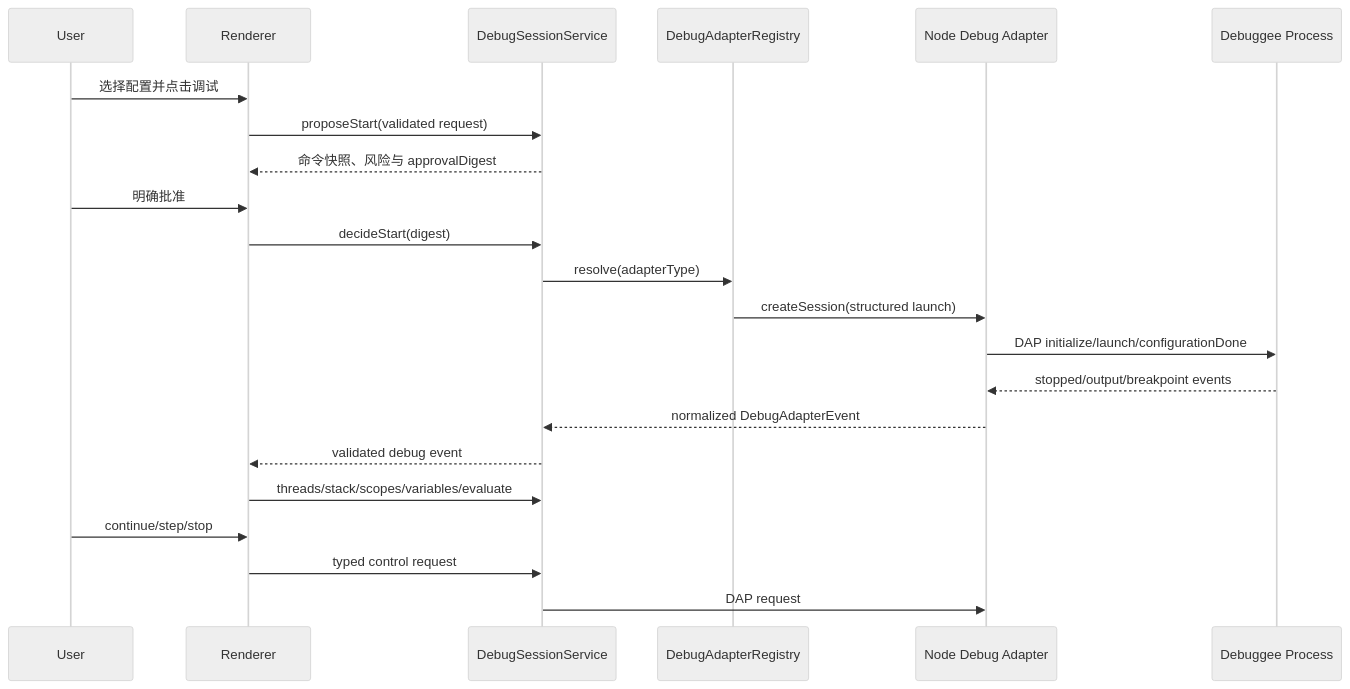
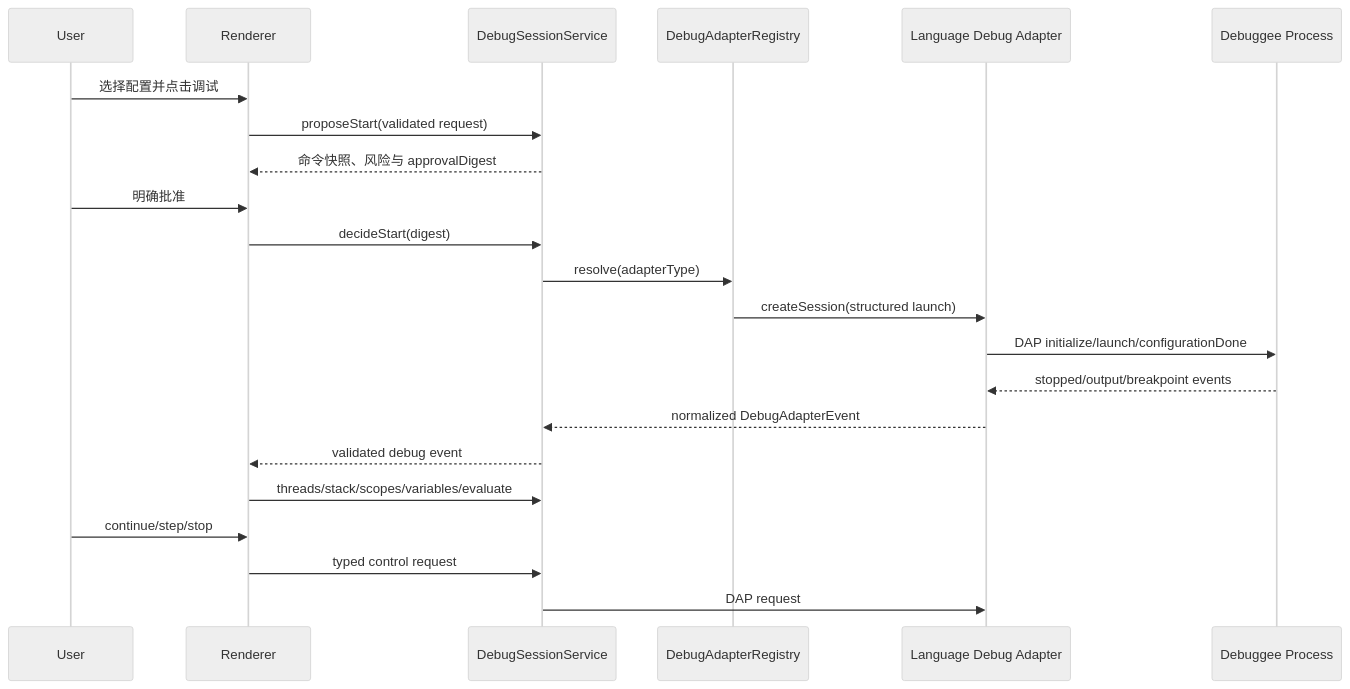
The third of 4 diagrams in docs/architecture.md (lianzf/open-code-desk), drawn with Mermaid (neutral theme) before and after one commit. The commit also changed other lines of this file and 869 other files, not shown here.

````diff
--- a/docs/architecture.md
+++ b/docs/architecture.md
@@ -204,25 +204,25 @@
 ```mermaid
 sequenceDiagram
     participant U as User
     participant R as Renderer
     participant S as DebugSessionService
     participant G as DebugAdapterRegistry
-    participant D as Node Debug Adapter
+    participant D as Language Debug Adapter
     participant P as Debuggee Process
 
     U->>R: 选择配置并点击调试
     R->>S: proposeStart(validated request)
     S-->>R: 命令快照、风险与 approvalDigest
     U->>R: 明确批准
     R->>S: decideStart(digest)
     S->>G: resolve(adapterType)
     G->>D: createSession(structured launch)
     D->>P: DAP initialize/launch/configurationDone
     P-->>D: stopped/output/breakpoint events
     D-->>S: normalized DebugAdapterEvent
     S-->>R: validated debug event
     R->>S: threads/stack/scopes/variables/evaluate
     U->>R: continue/step/stop
     R->>S: typed control request
     S->>D: DAP request
 ```
````
